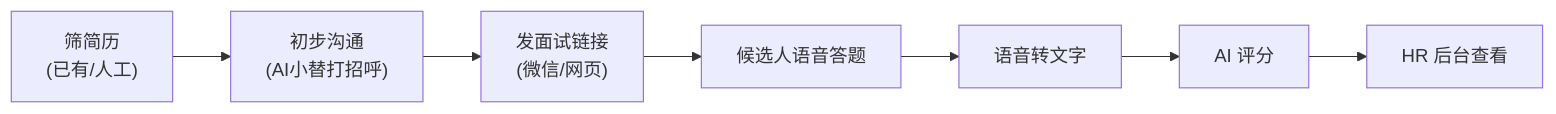
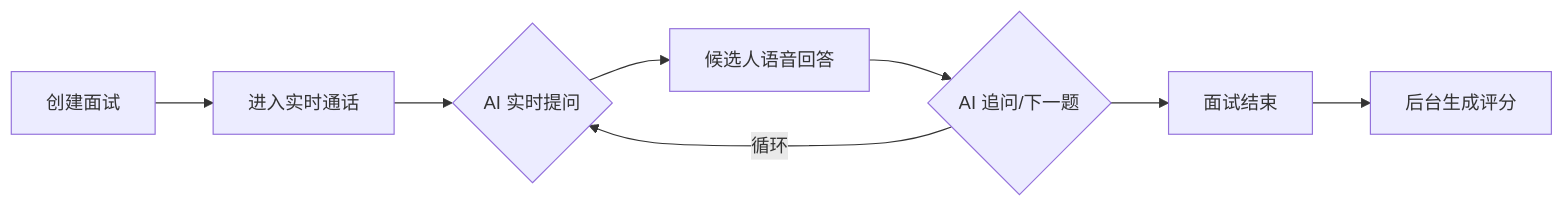
One commit to cziwen/AI_Interviewer changed the diagram in spec_doc/ai_interview_prd.md. Above: the diagram before and after it, drawn with Mermaid. The commit also changed other lines of this file and 18 other files, not shown here.

````diff
--- a/spec_doc/ai_interview_prd.md
+++ b/spec_doc/ai_interview_prd.md
@@ -11,12 +8,10 @@
 ```mermaid
 flowchart LR
-  A["筛简历\n(已有/人工)"]
-  B["初步沟通\n(AI小替打招呼)"]
-  C["发面试链接\n(微信/网页)"]
-  D["候选人语音答题"]
-  E["语音转文字"]
-  F["AI 评分"]
-  G["HR 后台查看"]
-
-  A --> B --> C --> D --> E --> F --> G
+    A[创建面试] --> B[进入实时通话]
+    B --> C{AI 实时提问}
+    C --> D[候选人语音回答]
+    D --> E{AI 追问/下一题}
+    E -->|循环| C
+    E --> F[面试结束]
+    F --> G[后台生成评分]
 ```
````
